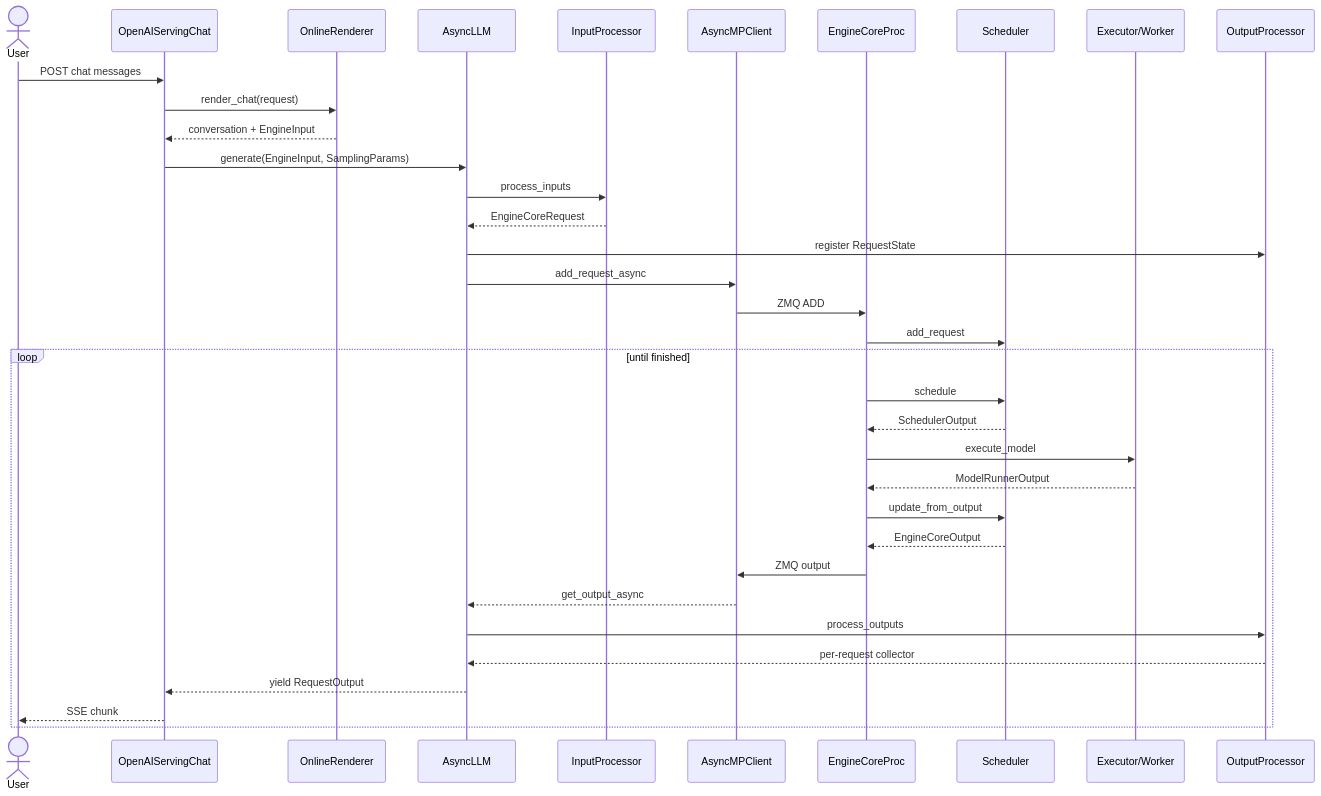
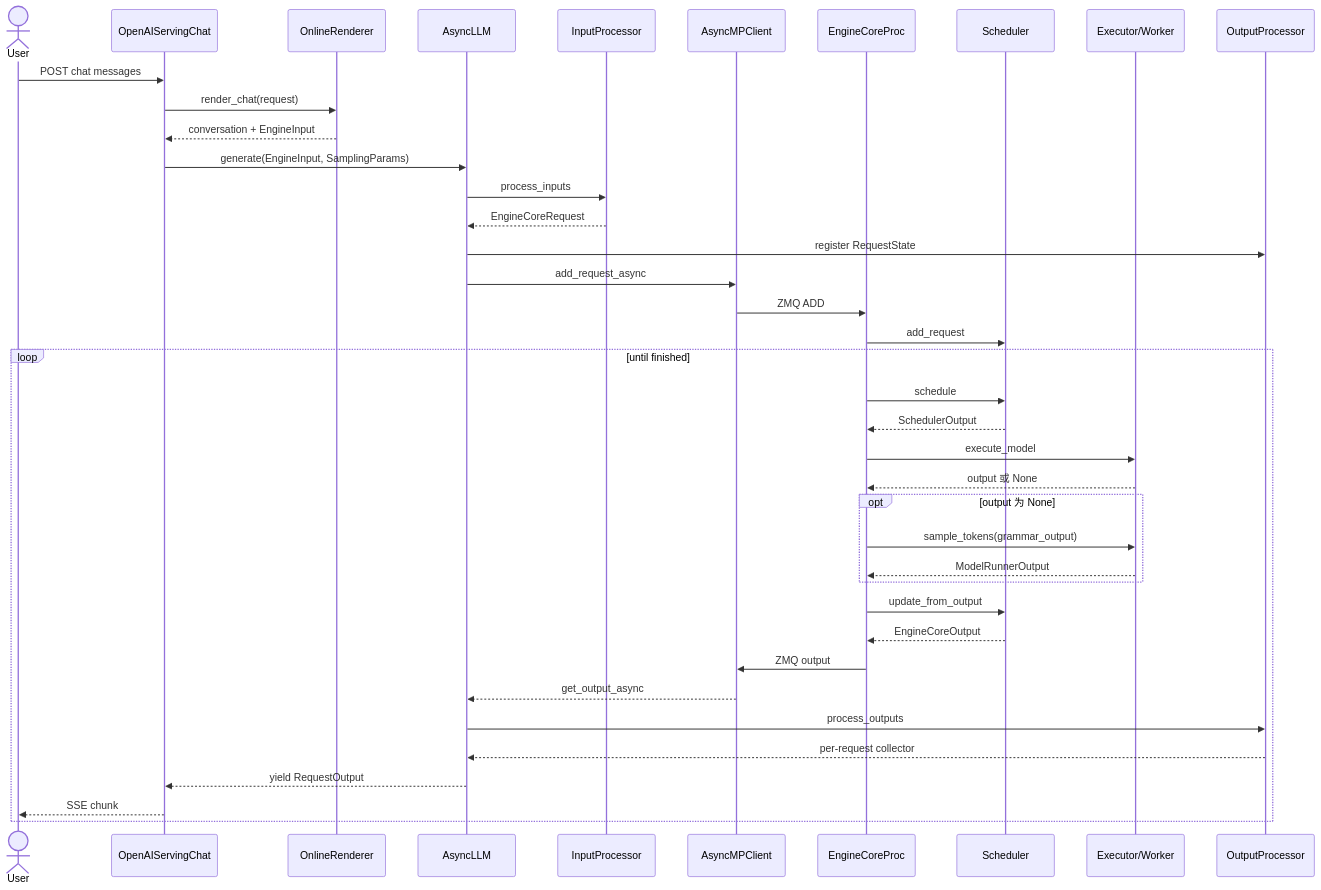
One commit to cluster1900/vllm_reader changed diagram 13 of 16 in book/02-vllm-architecture/README.md. Above: the diagram before and after it, drawn with Mermaid. The commit also changed other lines of this file and 38 other files, not shown here.

````diff
--- a/book/02-vllm-architecture/README.md
+++ b/book/02-vllm-architecture/README.md
@@ -833,39 +852,43 @@
 ```mermaid
 sequenceDiagram
     actor User
     participant API as OpenAIServingChat
     participant R as OnlineRenderer
     participant A as AsyncLLM
     participant IP as InputProcessor
     participant C as AsyncMPClient
     participant EC as EngineCoreProc
     participant S as Scheduler
     participant W as Executor/Worker
     participant OP as OutputProcessor
 
     User->>API: POST chat messages
     API->>R: render_chat(request)
     R-->>API: conversation + EngineInput
     API->>A: generate(EngineInput, SamplingParams)
     A->>IP: process_inputs
     IP-->>A: EngineCoreRequest
     A->>OP: register RequestState
     A->>C: add_request_async
     C->>EC: ZMQ ADD
     EC->>S: add_request
 
     loop until finished
         EC->>S: schedule
         S-->>EC: SchedulerOutput
         EC->>W: execute_model
-        W-->>EC: ModelRunnerOutput
+        W-->>EC: output 或 None
+        opt output 为 None
+            EC->>W: sample_tokens(grammar_output)
+            W-->>EC: ModelRunnerOutput
+        end
         EC->>S: update_from_output
         S-->>EC: EngineCoreOutput
         EC->>C: ZMQ output
         C-->>A: get_output_async
         A->>OP: process_outputs
         OP-->>A: per-request collector
         A-->>API: yield RequestOutput
         API-->>User: SSE chunk
     end
 ```
````
